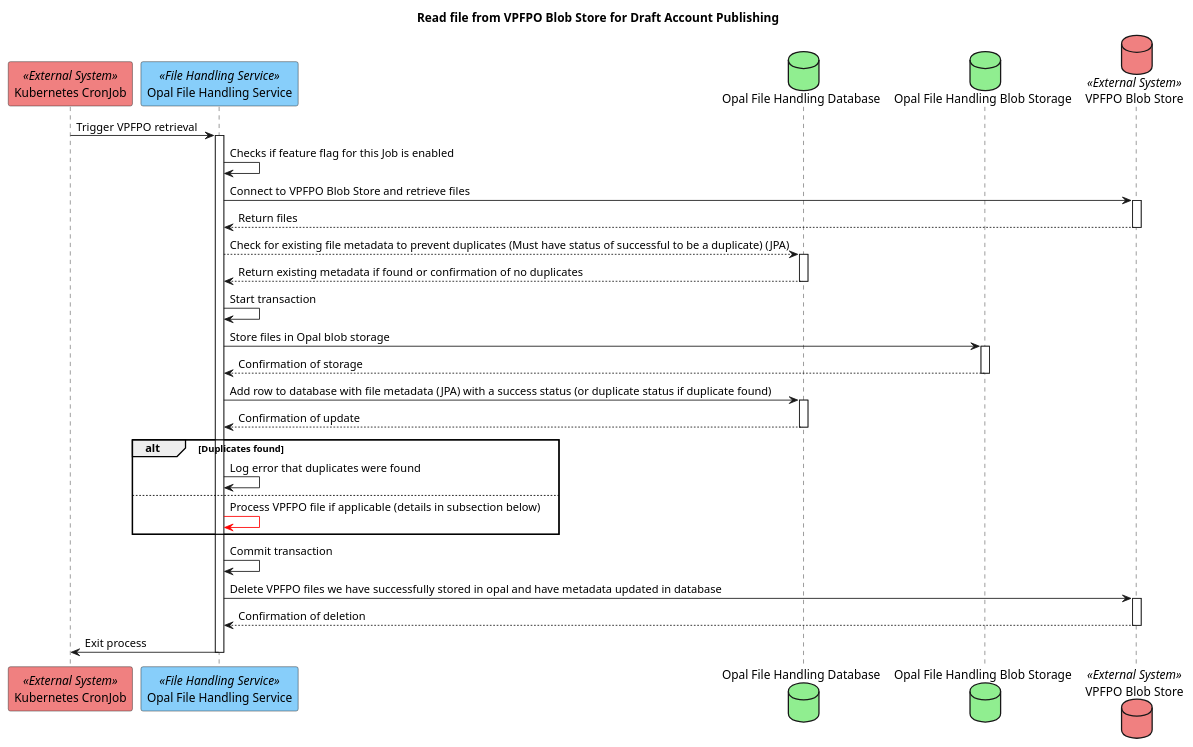
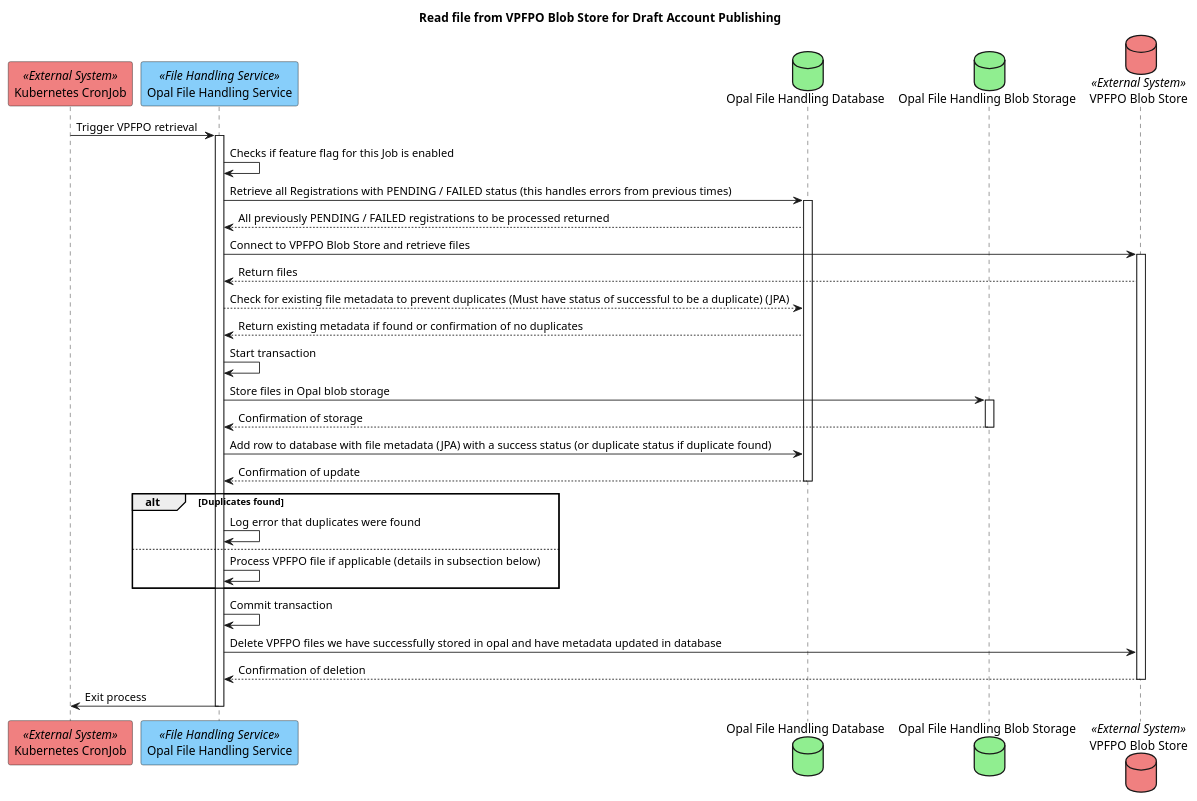
Before and after one commit to hmcts/opal-docs: the diagram in plantUML/external-interfaces/file-handling-from-vpfpo.puml, drawn with PlantUML. The commit also changed 2 other files, not shown here.

```diff
--- a/plantUML/external-interfaces/file-handling-from-vpfpo.puml
+++ b/plantUML/external-interfaces/file-handling-from-vpfpo.puml
@@ -1,30 +1,32 @@
 @startuml
 title Read file from VPFPO Blob Store for Draft Account Publishing
 participant "Kubernetes CronJob" as cronjob <<External System>> #LightCoral
 participant "Opal File Handling Service" as fileHandlingService <<File Handling Service>> #LightSkyBlue
 database "Opal File Handling Database" as fileHandlingDb #LightGreen
 database "Opal File Handling Blob Storage" as fileHandlingBlobStorage #LightGreen
 database "VPFPO Blob Store" as vpfpoBlobStore <<External System>> #LightCoral
 
 cronjob -> fileHandlingService ++ : Trigger VPFPO retrieval
 fileHandlingService -> fileHandlingService : Checks if feature flag for this Job is enabled
+fileHandlingService -> fileHandlingDb ++ : Retrieve all Registrations with PENDING / FAILED status (this handles errors from previous times)
+fileHandlingDb --> fileHandlingService : All previously PENDING / FAILED registrations to be processed returned
 fileHandlingService -> vpfpoBlobStore ++ : Connect to VPFPO Blob Store and retrieve files
-vpfpoBlobStore --> fileHandlingService -- : Return files
-fileHandlingService --> fileHandlingDb ++ : Check for existing file metadata to prevent duplicates (Must have status of successful to be a duplicate) (JPA)
-fileHandlingDb --> fileHandlingService -- : Return existing metadata if found or confirmation of no duplicates
+vpfpoBlobStore --> fileHandlingService : Return files
+fileHandlingService --> fileHandlingDb : Check for existing file metadata to prevent duplicates (Must have status of successful to be a duplicate) (JPA)
+fileHandlingDb --> fileHandlingService : Return existing metadata if found or confirmation of no duplicates
 fileHandlingService -> fileHandlingService : Start transaction
 fileHandlingService -> fileHandlingBlobStorage ++ : Store files in Opal blob storage
 fileHandlingBlobStorage --> fileHandlingService -- : Confirmation of storage
-fileHandlingService -> fileHandlingDb ++ : Add row to database with file metadata (JPA) with a success status (or duplicate status if duplicate found)
+fileHandlingService -> fileHandlingDb  : Add row to database with file metadata (JPA) with a success status (or duplicate status if duplicate found)
 fileHandlingDb --> fileHandlingService -- : Confirmation of update
 alt Duplicates found
     fileHandlingService -> fileHandlingService : Log error that duplicates were found
 else
-    fileHandlingService -[#red]> fileHandlingService: Process VPFPO file if applicable (details in subsection below)
+    fileHandlingService -> fileHandlingService: Process VPFPO file if applicable (details in subsection below)
 end
 
 fileHandlingService -> fileHandlingService : Commit transaction
-fileHandlingService -> vpfpoBlobStore ++ : Delete VPFPO files we have successfully stored in opal and have metadata updated in database
+fileHandlingService -> vpfpoBlobStore : Delete VPFPO files we have successfully stored in opal and have metadata updated in database
 vpfpoBlobStore --> fileHandlingService -- : Confirmation of deletion
 fileHandlingService -> cronjob -- : Exit process
 @enduml
```
